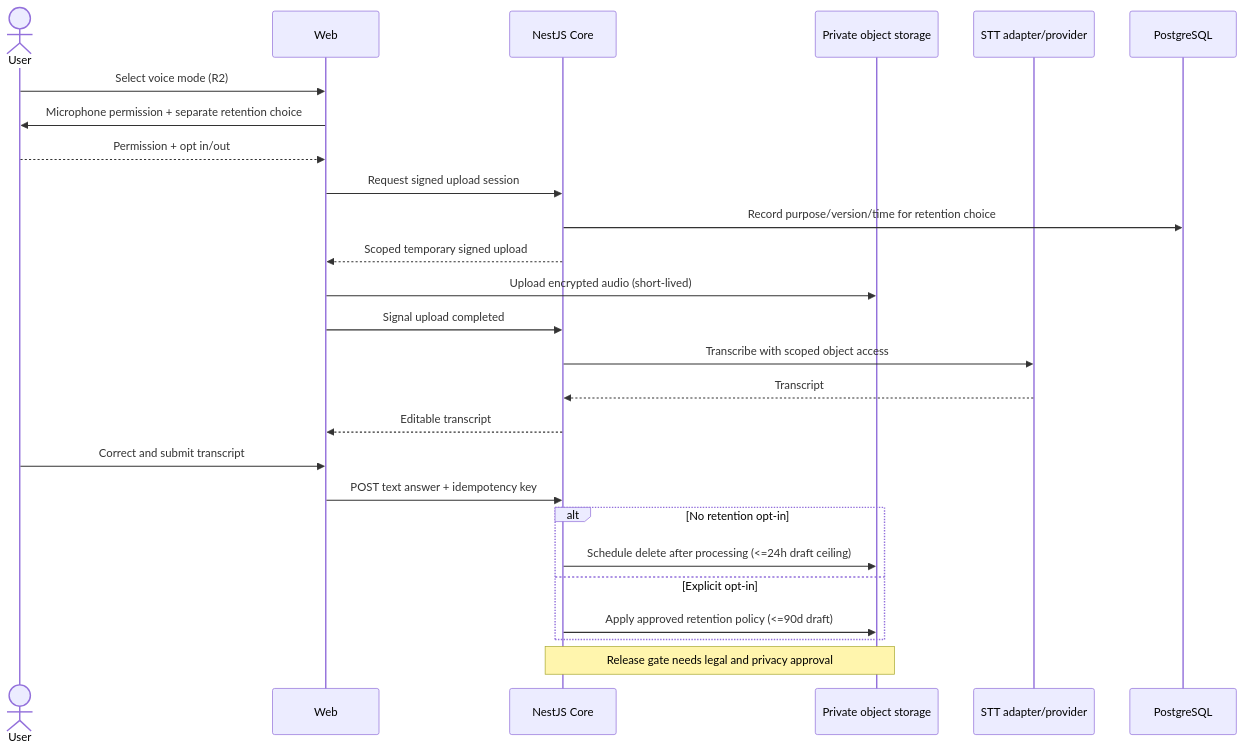
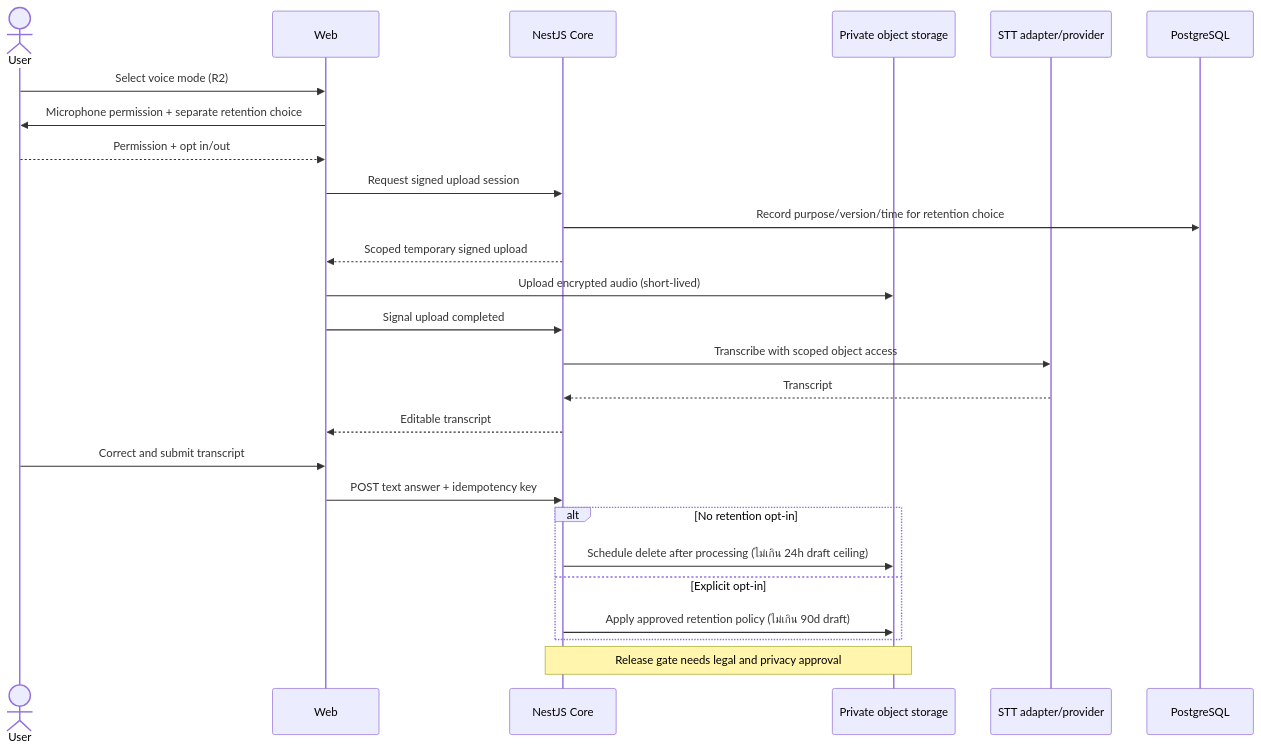
One commit to Phoomss/interviewx-datahub changed diagram 11 of 19 in docs-interviex/03_SRS_Requirements/archive/v1.0_baseline/ALL_DIAGRAMS.md. Above: the diagram before and after it, drawn with Mermaid. The commit also changed other lines of this file and 21 other files, not shown here.

Commit message:
fix error Unable to render rich display for all diagram

````diff
--- a/docs-interviex/03_SRS_Requirements/archive/v1.0_baseline/ALL_DIAGRAMS.md
+++ b/docs-interviex/03_SRS_Requirements/archive/v1.0_baseline/ALL_DIAGRAMS.md
@@ -331,28 +331,28 @@
 ```mermaid
 sequenceDiagram
  actor U as User
  participant W as Web
  participant A as NestJS Core
  participant S as Private object storage
  participant ST as STT adapter/provider
  participant D as PostgreSQL
  U->>W: Select voice mode (R2)
  W->>U: Microphone permission + separate retention choice
  U-->>W: Permission + opt in/out
  W->>A: Request signed upload session
  A->>D: Record purpose/version/time for retention choice
  A-->>W: Scoped temporary signed upload
  W->>S: Upload encrypted audio (short-lived)
  W->>A: Signal upload completed
  A->>ST: Transcribe with scoped object access
  ST-->>A: Transcript
  A-->>W: Editable transcript
  U->>W: Correct and submit transcript
  W->>A: POST text answer + idempotency key
  alt No retention opt-in
-  A->>S: Schedule delete after processing (<=24h draft ceiling)
+  A->>S: Schedule delete after processing (ไม่เกิน 24h draft ceiling)
  else Explicit opt-in
-  A->>S: Apply approved retention policy (<=90d draft)
+  A->>S: Apply approved retention policy (ไม่เกิน 90d draft)
  end
  Note over A,S: Release gate needs legal and privacy approval
 ```
````
